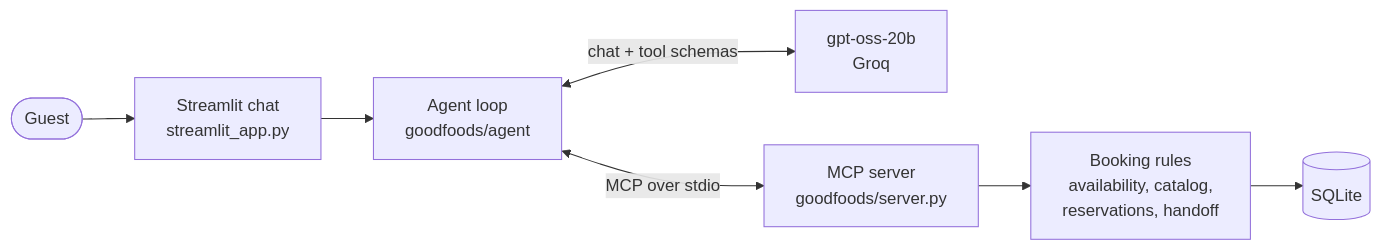
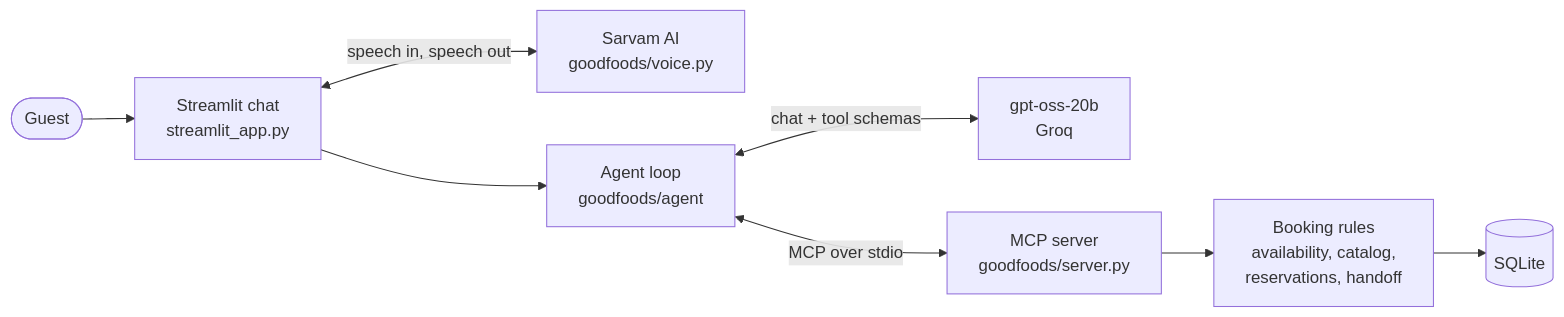
Before and after one commit to Ansh-66/goodfoods-agent: the diagram in README.md, drawn with Mermaid. The commit also changed other lines of this file and 6 other files, not shown here.

````diff
--- a/README.md
+++ b/README.md
@@ -69,9 +70,10 @@
 ```mermaid
 flowchart LR
     G([Guest]) --> UI[Streamlit chat<br/>streamlit_app.py]
+    UI <-->|speech in, speech out| V[Sarvam AI<br/>goodfoods/voice.py]
     UI --> A[Agent loop<br/>goodfoods/agent]
     A <-->|chat + tool schemas| L[gpt-oss-20b<br/>Groq]
     A <-->|MCP over stdio| S[MCP server<br/>goodfoods/server.py]
     S --> R[Booking rules<br/>availability, catalog,<br/>reservations, handoff]
     R --> D[(SQLite)]
 ```
````
